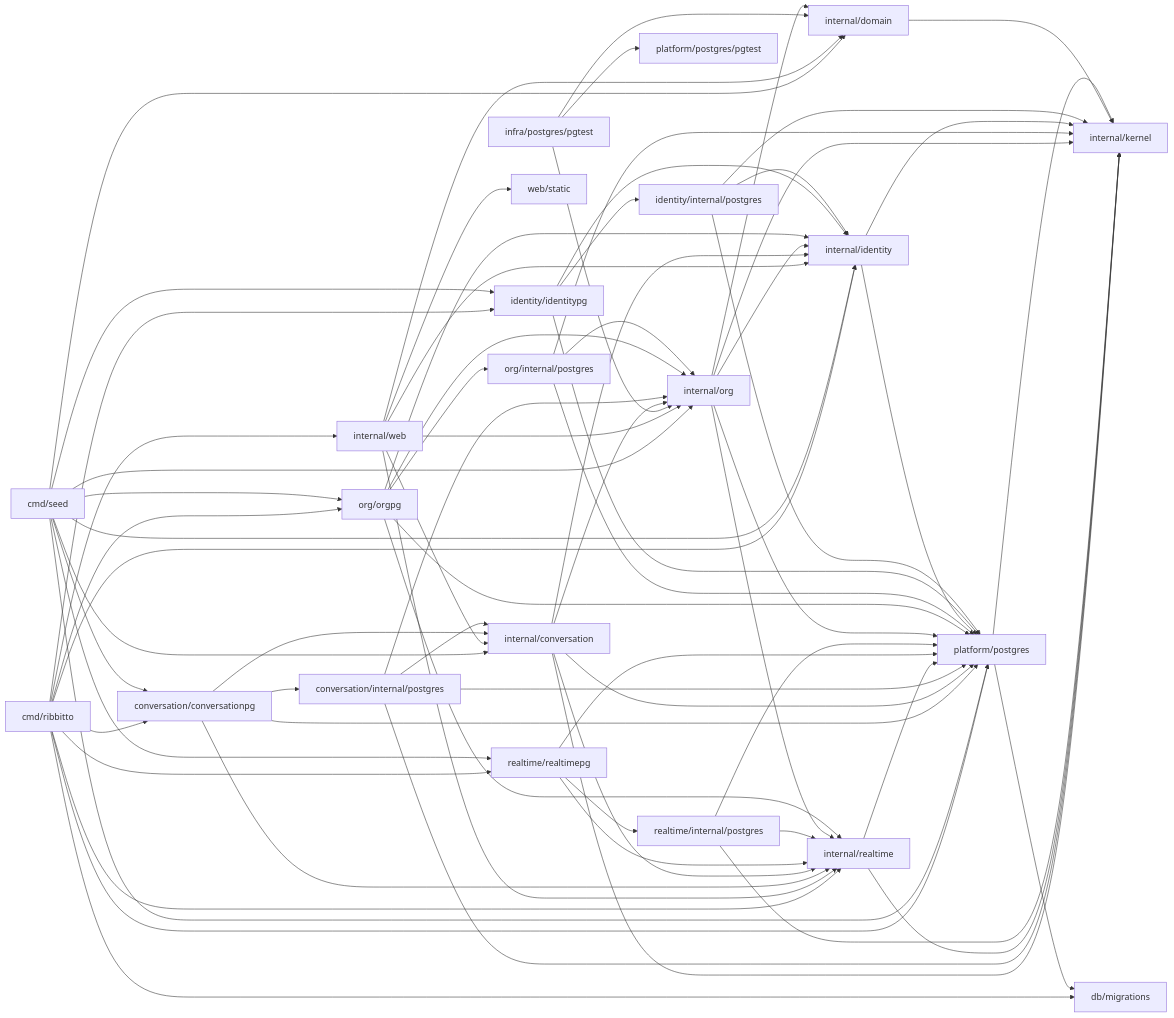
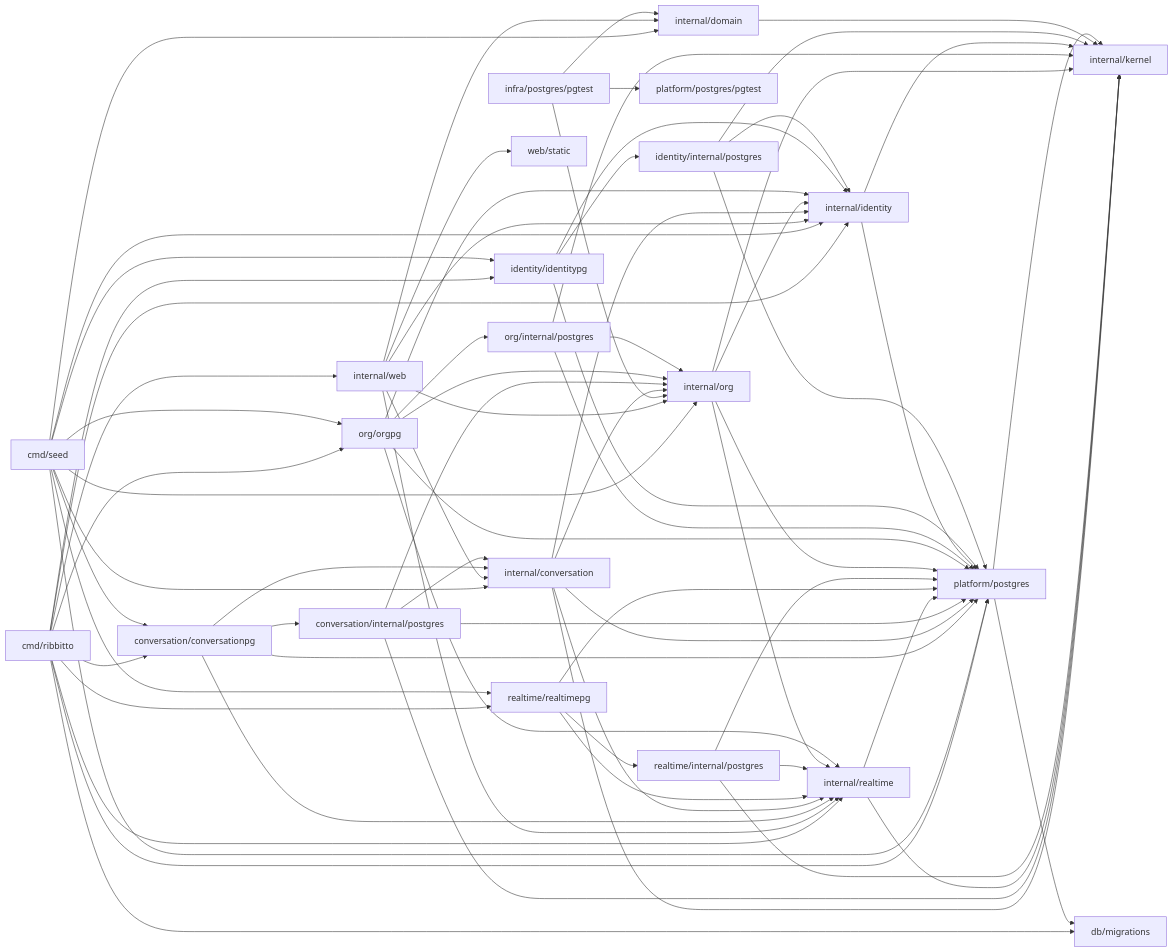
Before and after one commit to tkakkie/ribbitto: the diagram in docs/architecture/packages.md, drawn with Mermaid. The commit also changed other lines of this file and 14 other files, not shown here.

Commit message:
refactor(org): use kernel.ID instead of domain.ID

````diff
--- a/docs/architecture/packages.md
+++ b/docs/architecture/packages.md
@@ -38,21 +38,21 @@
 ```mermaid
 flowchart LR
   cmd[cmd/ribbitto] --> web & orgpg[org/orgpg] & conversationpg[conversation/conversationpg] & identity & identitypg[identity/identitypg] & realtimepg & realtime & platform[platform/postgres] & migrations[db/migrations]
   seed[cmd/seed] --> conversation & conversationpg & org & orgpg & identity & identitypg & realtimepg & platform & domain
   web[internal/web] --> org & conversation & identity & domain & realtime & static[web/static]
   postgres[infra/postgres/pgtest] --> org & domain & platformpgtest[platform/postgres/pgtest]
   conversationpg --> conversation[internal/conversation] & cstore[conversation/internal/postgres] & realtime & platform
   conversation --> identity & org & realtime & kernel & platform
   cstore --> conversation & org & platform & kernel
   realtime[internal/realtime] --> kernel & platform
   realtimepg[realtime/realtimepg] --> realtime & rstore[realtime/internal/postgres] & platform
   rstore --> realtime & platform & kernel
-  org[internal/org] --> identity & realtime & domain & kernel & platform
+  org[internal/org] --> identity & realtime & kernel & platform
   orgpg --> org & ostore[org/internal/postgres] & platform & identity & realtime
   ostore --> org & platform & kernel
   identity[internal/identity] --> kernel & platform
   identitypg --> identity & store[identity/internal/postgres] & platform
   store --> identity & platform & kernel
   domain[internal/domain] --> kernel[internal/kernel]
   platform --> kernel & migrations
 ```
````
